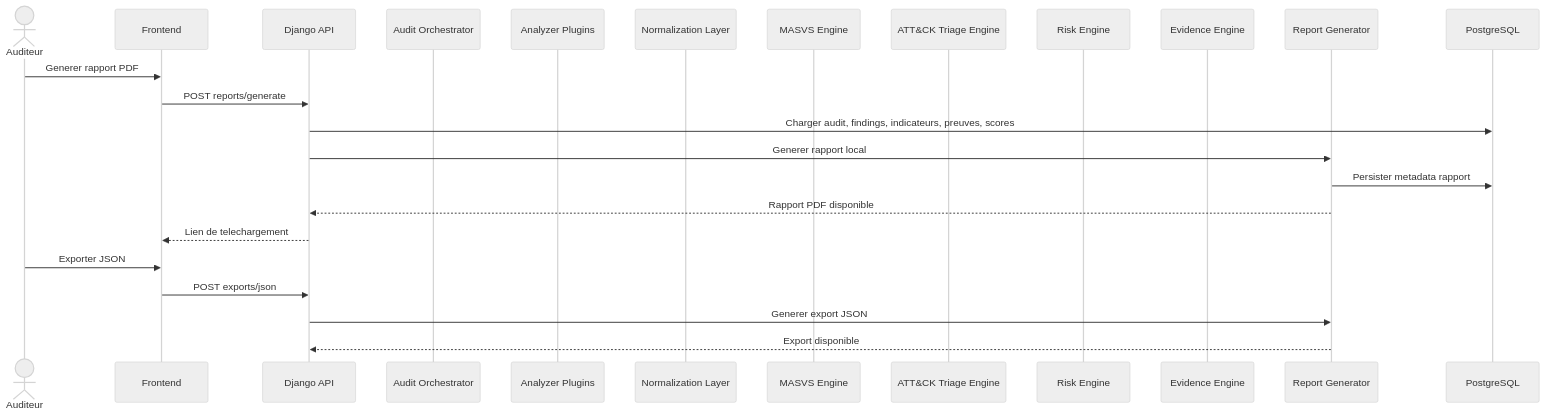
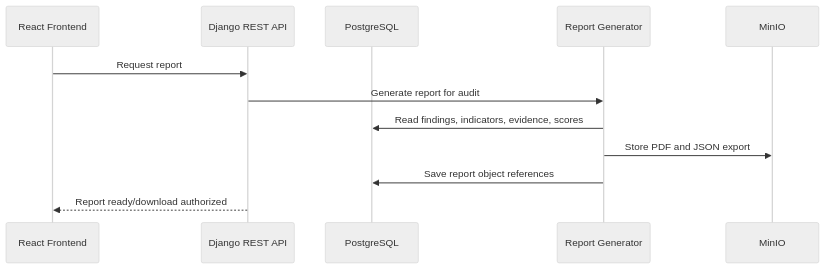
One commit to nine11-tech/MSAP changed the third of 3 diagrams in docs/03_Architecture/08_UML_Sequence_Diagrams.md. Above: the diagram before and after it, drawn with Mermaid (neutral theme). The commit also changed other lines of this file and 44 other files, not shown here.

Commit message:
Pivot MSAP to cloud-native Kubernetes architecture

````diff
--- a/docs/03_Architecture/08_UML_Sequence_Diagrams.md
+++ b/docs/03_Architecture/08_UML_Sequence_Diagrams.md
@@ -90,27 +39,14 @@
 ```mermaid
 sequenceDiagram
-    actor U as Auditeur
-    participant FE as Frontend
-    participant API as Django API
-    participant ORCH as Audit Orchestrator
-    participant PLUG as Analyzer Plugins
-    participant NORM as Normalization Layer
-    participant MASVS as MASVS Engine
-    participant ATTCK as ATT&CK Triage Engine
-    participant RISK as Risk Engine
-    participant EVID as Evidence Engine
-    participant REP as Report Generator
+    participant FE as React Frontend
+    participant API as Django REST API
     participant DB as PostgreSQL
-
-    U->>FE: Generer rapport PDF
-    FE->>API: POST reports/generate
-    API->>DB: Charger audit, findings, indicateurs, preuves, scores
-    API->>REP: Generer rapport local
-    REP->>DB: Persister metadata rapport
-    REP-->>API: Rapport PDF disponible
-    API-->>FE: Lien de telechargement
-    U->>FE: Exporter JSON
-    FE->>API: POST exports/json
-    API->>REP: Generer export JSON
-    REP-->>API: Export disponible
+    participant R as Report Generator
+    participant S3 as MinIO
+    FE->>API: Request report
+    API->>R: Generate report for audit
+    R->>DB: Read findings, indicators, evidence, scores
+    R->>S3: Store PDF and JSON export
+    R->>DB: Save report object references
+    API-->>FE: Report ready/download authorized
 ```
````
